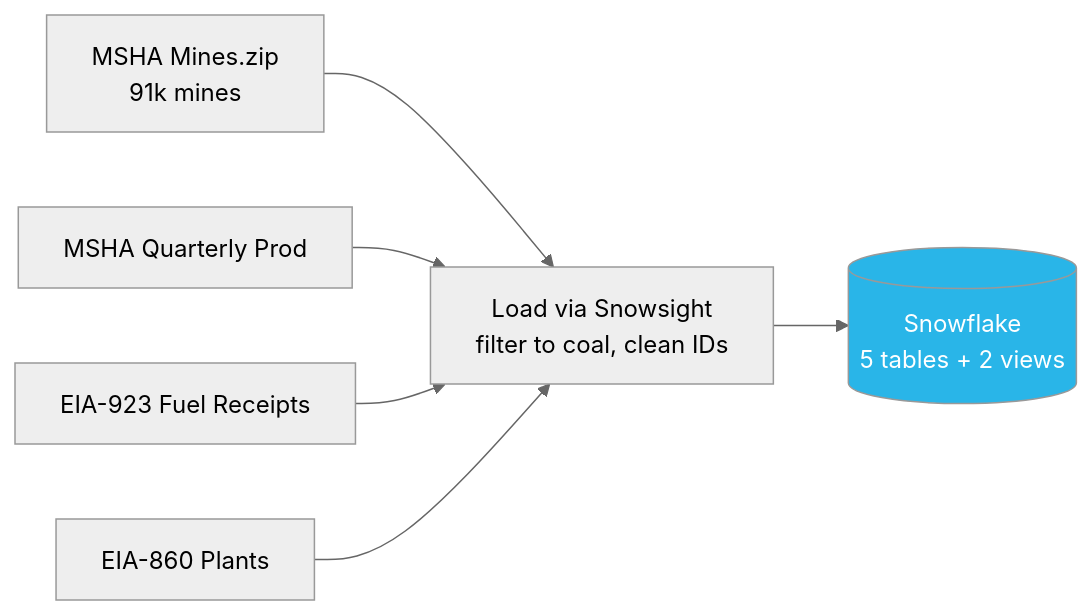
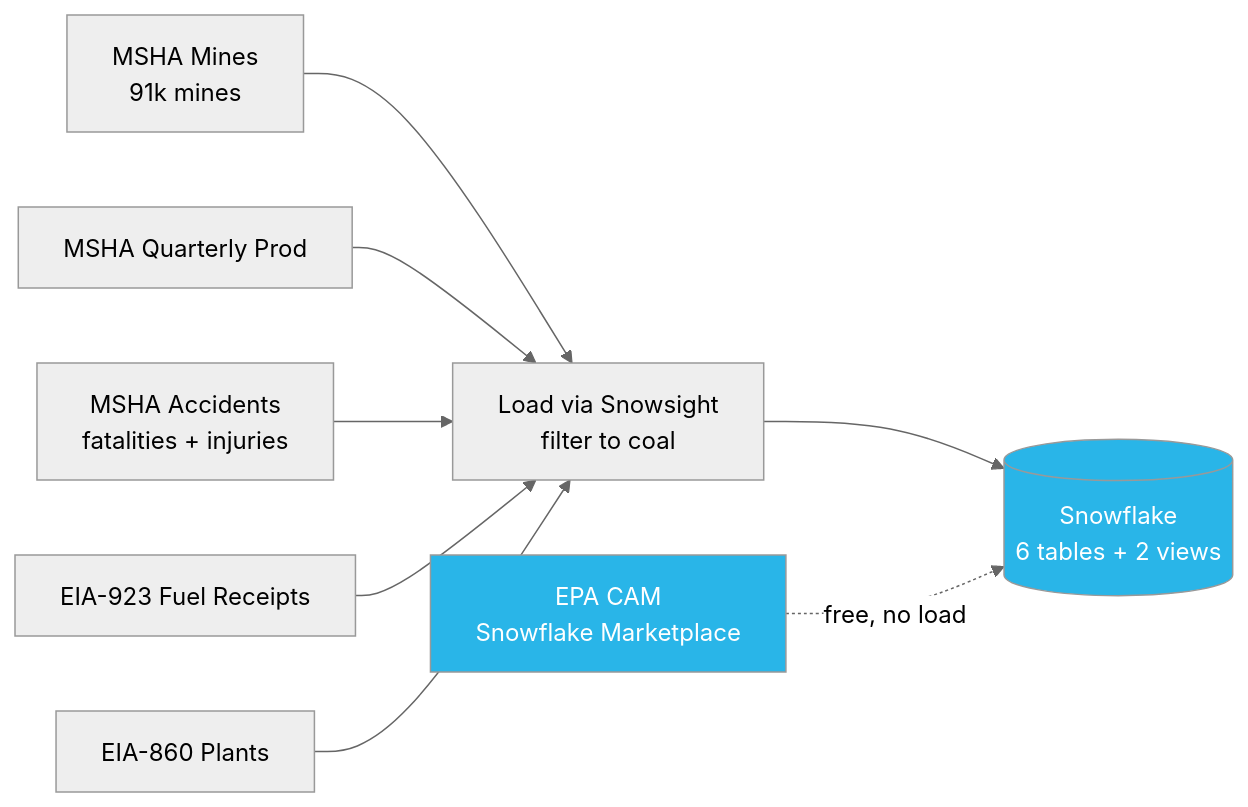
Before and after one commit to anchildress1/unearthed: the second of 3 diagrams in system-diagram.md, drawn with Mermaid (neutral theme). The commit also changed other lines of this file and 63 other files, not shown here.

First line of the commit message:
feat: Google Maps, SvelteKit, Cortex Complete, H3 density, EPA Marketplace (#9)

````diff
--- a/system-diagram.md
+++ b/system-diagram.md
@@ -50,9 +68,12 @@
 ```mermaid
 flowchart LR
-    MSHA1[MSHA Mines.zip<br/>91k mines] --> LOAD
+    MSHA1[MSHA Mines<br/>91k mines] --> LOAD
     MSHA2[MSHA Quarterly Prod] --> LOAD
+    MSHA3[MSHA Accidents<br/>fatalities + injuries] --> LOAD
     EIA1[EIA-923 Fuel Receipts] --> LOAD
     EIA2[EIA-860 Plants] --> LOAD
-    LOAD[Load via Snowsight<br/>filter to coal, clean IDs] --> DB[(Snowflake<br/>5 tables + 2 views)]
+    LOAD[Load via Snowsight<br/>filter to coal] --> DB[(Snowflake<br/>6 tables + 2 views)]
+    MKT[EPA CAM<br/>Snowflake Marketplace] -.->|free, no load| DB
     style DB fill:#29b5e8,color:#fff
+    style MKT fill:#29b5e8,color:#fff
 ```
````
